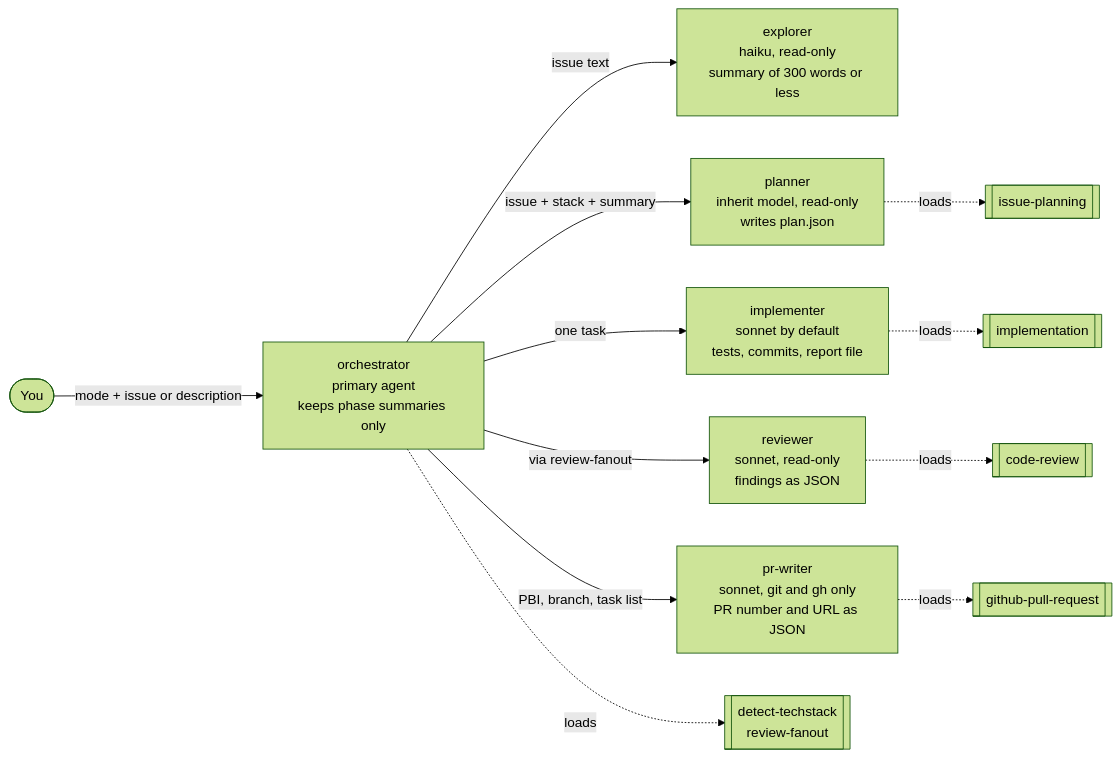
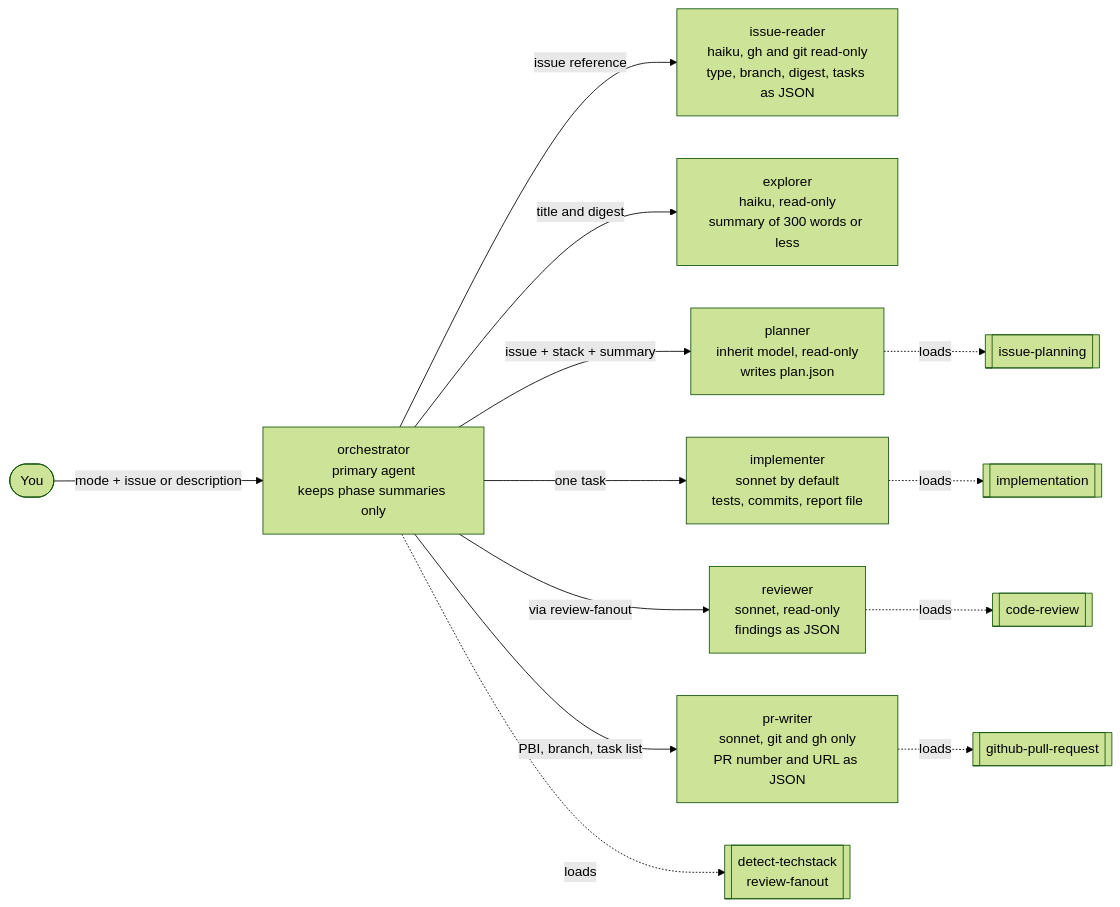
The first of 10 diagrams in docs/orchestrator.md (GravionLabs/apm-hub), drawn with Mermaid (forest theme) before and after one commit. The commit also changed other lines of this file and 12 other files, not shown here.

First line of the commit message:
feat(agents): issue-reader subagent resolves issue, branch and task state as JSON (#304)

````diff
--- a/docs/orchestrator.md
+++ b/docs/orchestrator.md
@@ -11,14 +11,15 @@
 ```mermaid
 flowchart LR
     U([You]) -->|"mode + issue or description"| O["orchestrator<br/>primary agent<br/>keeps phase summaries only"]
-    O -->|"issue text"| E["explorer<br/>haiku, read-only<br/>summary of 300 words or less"]
+    O -->|"issue reference"| D["issue-reader<br/>haiku, gh and git read-only<br/>type, branch, digest, tasks as JSON"]
+    O -->|"title and digest"| E["explorer<br/>haiku, read-only<br/>summary of 300 words or less"]
     O -->|"issue + stack + summary"| P["planner<br/>inherit model, read-only<br/>writes plan.json"]
     O -->|"one task"| I["implementer<br/>sonnet by default<br/>tests, commits, report file"]
     O -->|"via review-fanout"| R["reviewer<br/>sonnet, read-only<br/>findings as JSON"]
     O -->|"PBI, branch, task list"| W["pr-writer<br/>sonnet, git and gh only<br/>PR number and URL as JSON"]
     P -.->|"loads"| S1[["issue-planning"]]
     I -.->|"loads"| S2[["implementation"]]
     R -.->|"loads"| S3[["code-review"]]
     W -.->|"loads"| S5[["github-pull-request"]]
     O -.->|"loads"| S4[["detect-techstack<br/>review-fanout"]]
 ```
````
